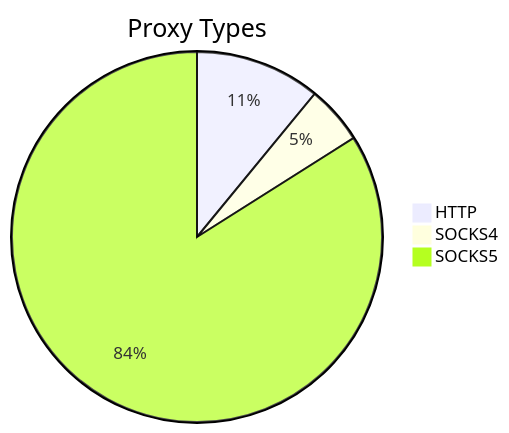
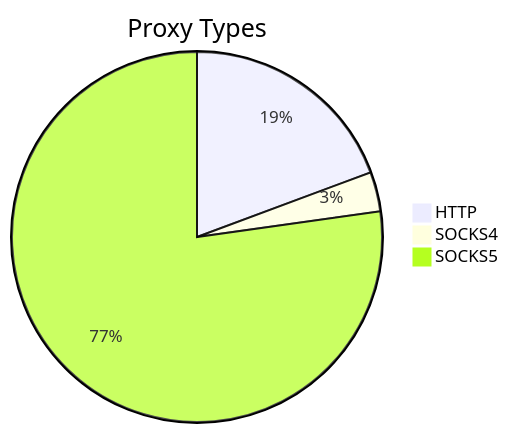
Before and after one commit to stormsia/proxy-list: the first of 2 diagrams in README.md, drawn with Mermaid. The commit also changed other lines of this file, not shown here.

````diff
--- a/README.md
+++ b/README.md
@@ -21,6 +21,6 @@
 ```mermaid
 pie title Proxy Types
-    "HTTP" : 153
-    "SOCKS4" : 71
-    "SOCKS5" : 1174
+    "HTTP" : 196
+    "SOCKS4" : 35
+    "SOCKS5" : 783
 ```
````
